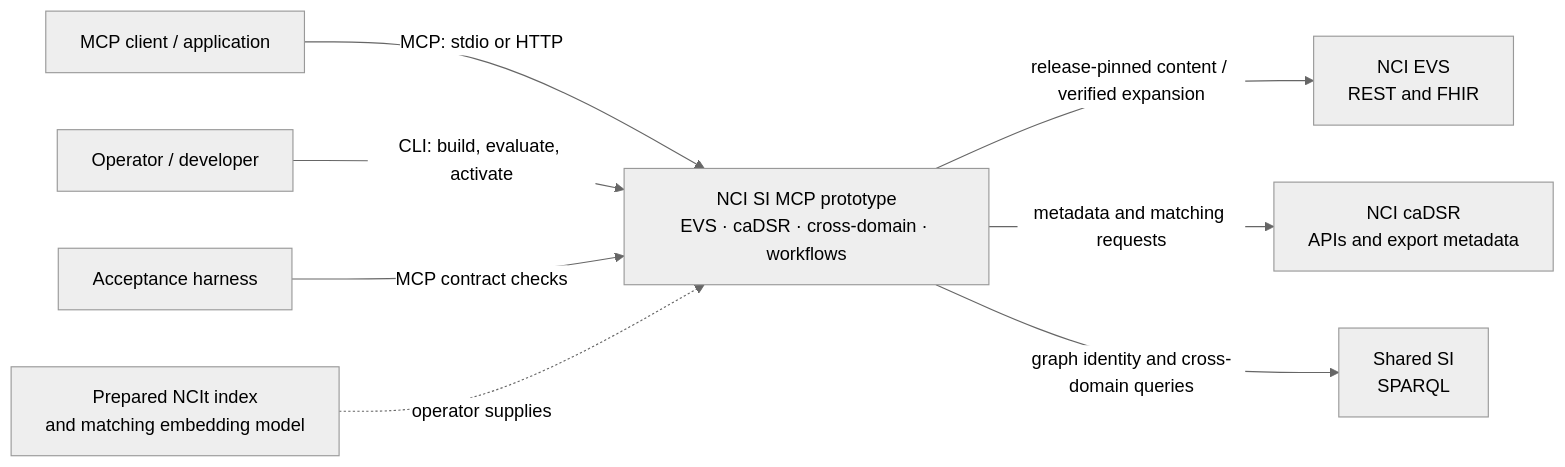
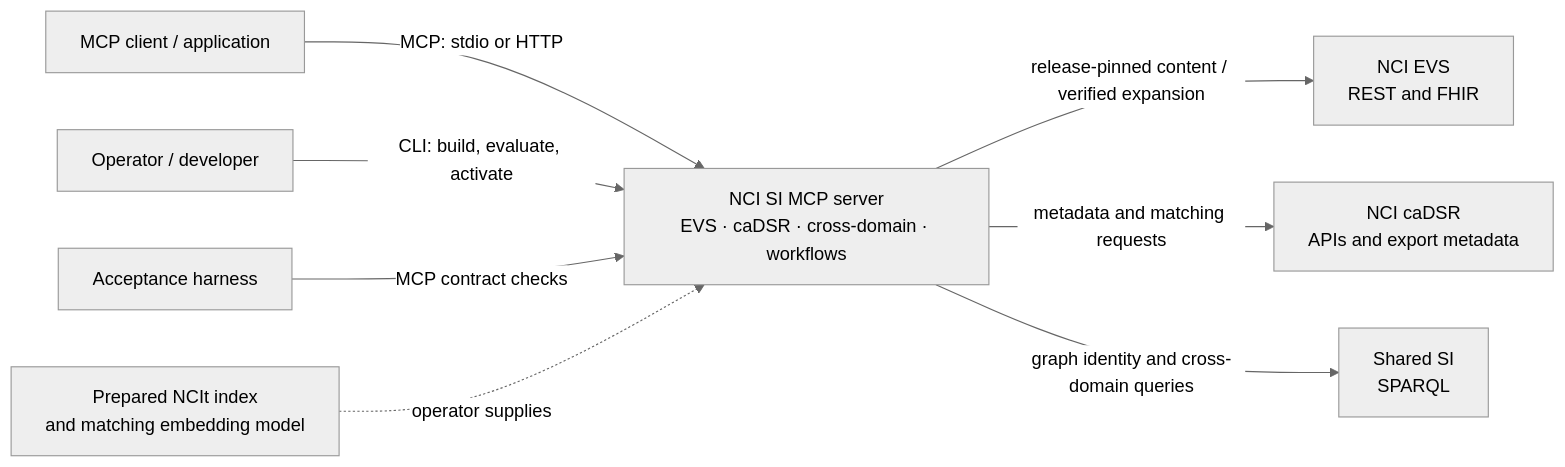
One commit to CBIIT/nci-si-mcp changed the first of 5 diagrams in ARCHITECTURE.md. Above: the diagram before and after it, drawn with Mermaid. The commit also changed other lines of this file and 27 other files, not shown here.

````diff
--- a/ARCHITECTURE.md
+++ b/ARCHITECTURE.md
@@ -47,26 +47,26 @@
 ```mermaid
 ---
 config:
   theme: neutral
   look: classic
   layout: dagre
   flowchart:
     wrappingWidth: 260
 ---
 flowchart LR
     Consumer["MCP client / application"]
     Operator["Operator / developer"]
     Suite["Acceptance harness"]
-    SI["NCI SI MCP prototype<br/>EVS · caDSR · cross-domain · workflows"]
+    SI["NCI SI MCP server<br/>EVS · caDSR · cross-domain · workflows"]
     EVS["NCI EVS<br/>REST and FHIR"]
     CADSR["NCI caDSR<br/>APIs and export metadata"]
     SSIS["Shared SI<br/>SPARQL"]
     Assets["Prepared NCIt index<br/>and matching embedding model"]
     Consumer -->|"MCP: stdio or HTTP"| SI
     Operator -->|"CLI: build, evaluate, activate"| SI
     Suite -->|"MCP contract checks"| SI
     Assets -. "operator supplies" .-> SI
     SI -->|"release-pinned content / verified expansion"| EVS
     SI -->|"metadata and matching requests"| CADSR
     SI -->|"graph identity and cross-domain queries"| SSIS
 ```
````
